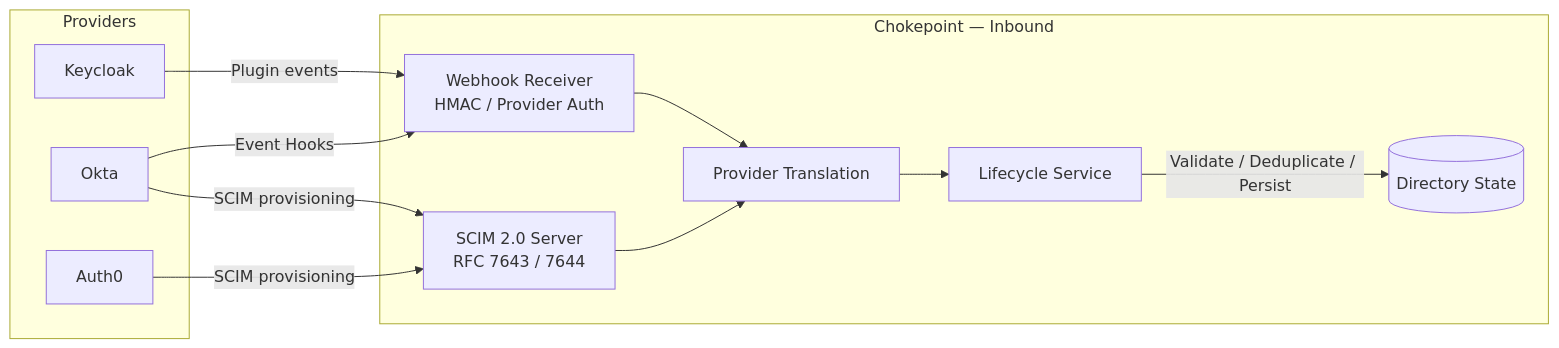
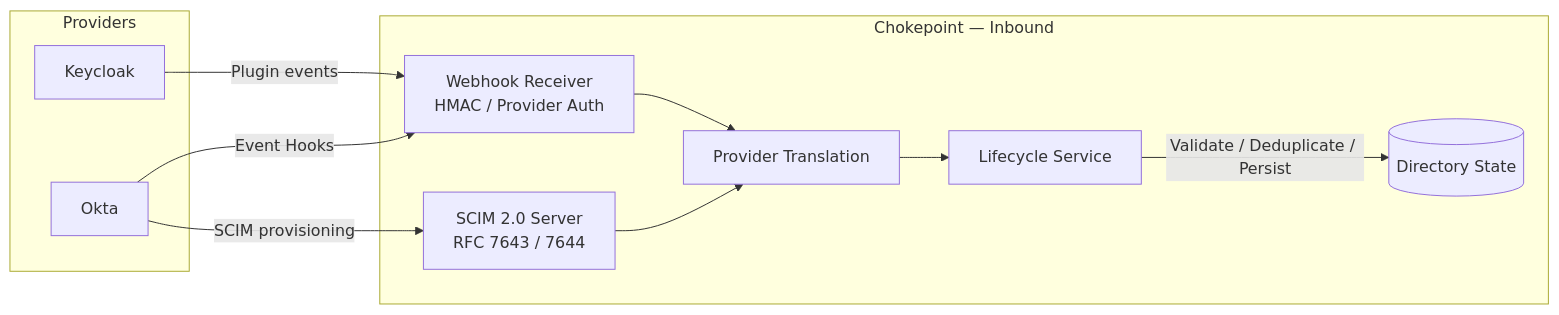
Before and after one commit to fagnermourafeitosa/chokepoint-admin: the second of 2 diagrams in docs/integracao-idps-chokepoint.md, drawn with Mermaid. The commit also changed other lines of this file and 2 other files, not shown here.

First line of the commit message:
Remove Auth0 from identity provider assets and documents

````diff
--- a/docs/integracao-idps-chokepoint.md
+++ b/docs/integracao-idps-chokepoint.md
@@ -83,26 +82,24 @@
 ```mermaid
 flowchart LR
     subgraph Providers["Providers"]
         K["Keycloak"]
         O["Okta"]
-        A["Auth0"]
     end
 
     subgraph CP["Chokepoint — Inbound"]
         WH["Webhook Receiver<br/>HMAC / Provider Auth"]
         SCIM["SCIM 2.0 Server<br/>RFC 7643 / 7644"]
         N["Provider Translation"]
         L["Lifecycle Service"]
         DB[("Directory State")]
     end
 
     K -->|"Plugin events"| WH
     O -->|"Event Hooks"| WH
     O -->|"SCIM provisioning"| SCIM
-    A -->|"SCIM provisioning"| SCIM
 
     WH --> N
     SCIM --> N
     N --> L
     L -->|"Validate / Deduplicate / Persist"| DB
 ```
````
